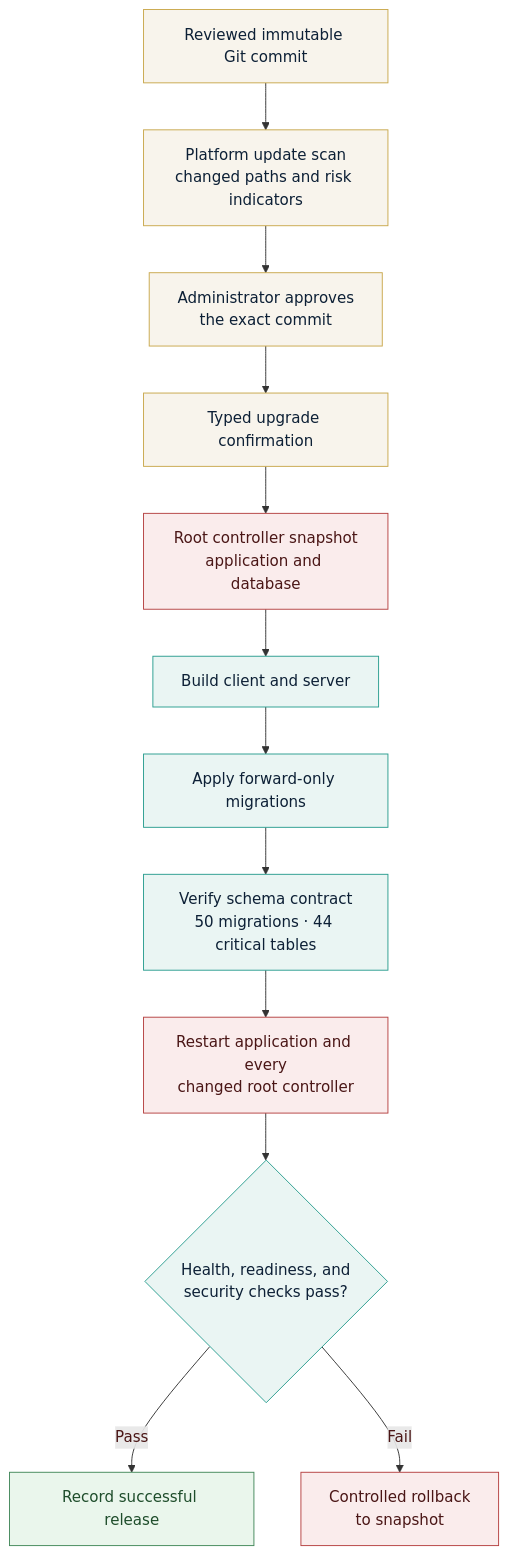
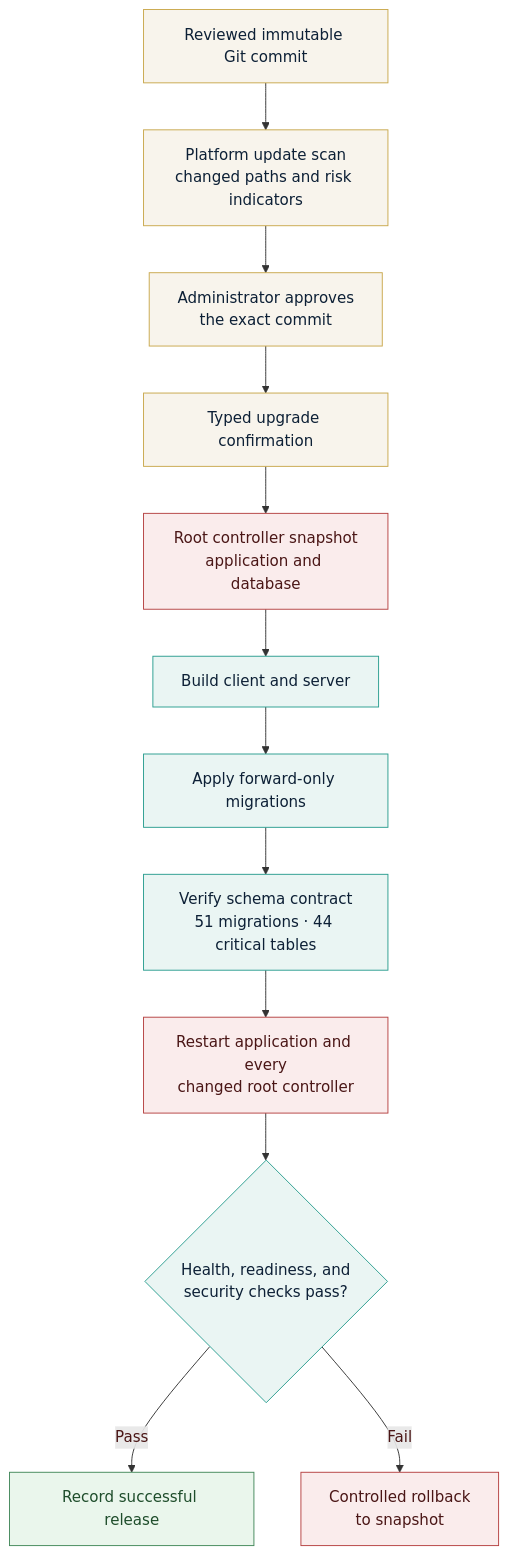
The diagram in docs/rebuild/diagrams/release-control.mmd (readypackets/ReadyPackets-SiteSplit), drawn with Mermaid before and after one commit. The commit also changed 42 other files, not shown here.

```diff
--- a/docs/rebuild/diagrams/release-control.mmd
+++ b/docs/rebuild/diagrams/release-control.mmd
@@ -1,27 +1,27 @@
 flowchart TD
     Commit[Reviewed immutable Git commit]
     Scan[Platform update scan<br/>changed paths and risk indicators]
     Approve[Administrator approves<br/>the exact commit]
     Phrase[Typed upgrade confirmation]
     Snapshot[Root controller snapshot<br/>application and database]
     Build[Build client and server]
     Migrate[Apply forward-only migrations]
-    Contract[Verify schema contract<br/>50 migrations · 44 critical tables]
+    Contract[Verify schema contract<br/>51 migrations · 44 critical tables]
     Restart[Restart application and every<br/>changed root controller]
     Health{Health, readiness, and<br/>security checks pass?}
     Release[Record successful release]
     Rollback[Controlled rollback<br/>to snapshot]
 
     Commit --> Scan --> Approve --> Phrase --> Snapshot --> Build --> Migrate --> Contract --> Restart --> Health
     Health -->|Pass| Release
     Health -->|Fail| Rollback
 
     classDef approval fill:#F8F4EC,stroke:#C9A84C,color:#0D2036;
     classDef root fill:#FAECEC,stroke:#B54141,color:#4A1616;
     classDef verification fill:#EAF5F3,stroke:#2A9D8F,color:#0D2036;
     classDef success fill:#EAF6EC,stroke:#43885A,color:#1E4D2B;
     classDef failure fill:#FAECEC,stroke:#B54141,color:#4A1616;
     class Commit,Scan,Approve,Phrase approval;
     class Snapshot,Restart,Rollback root;
     class Build,Migrate,Contract,Health verification;
     class Release success;
```
